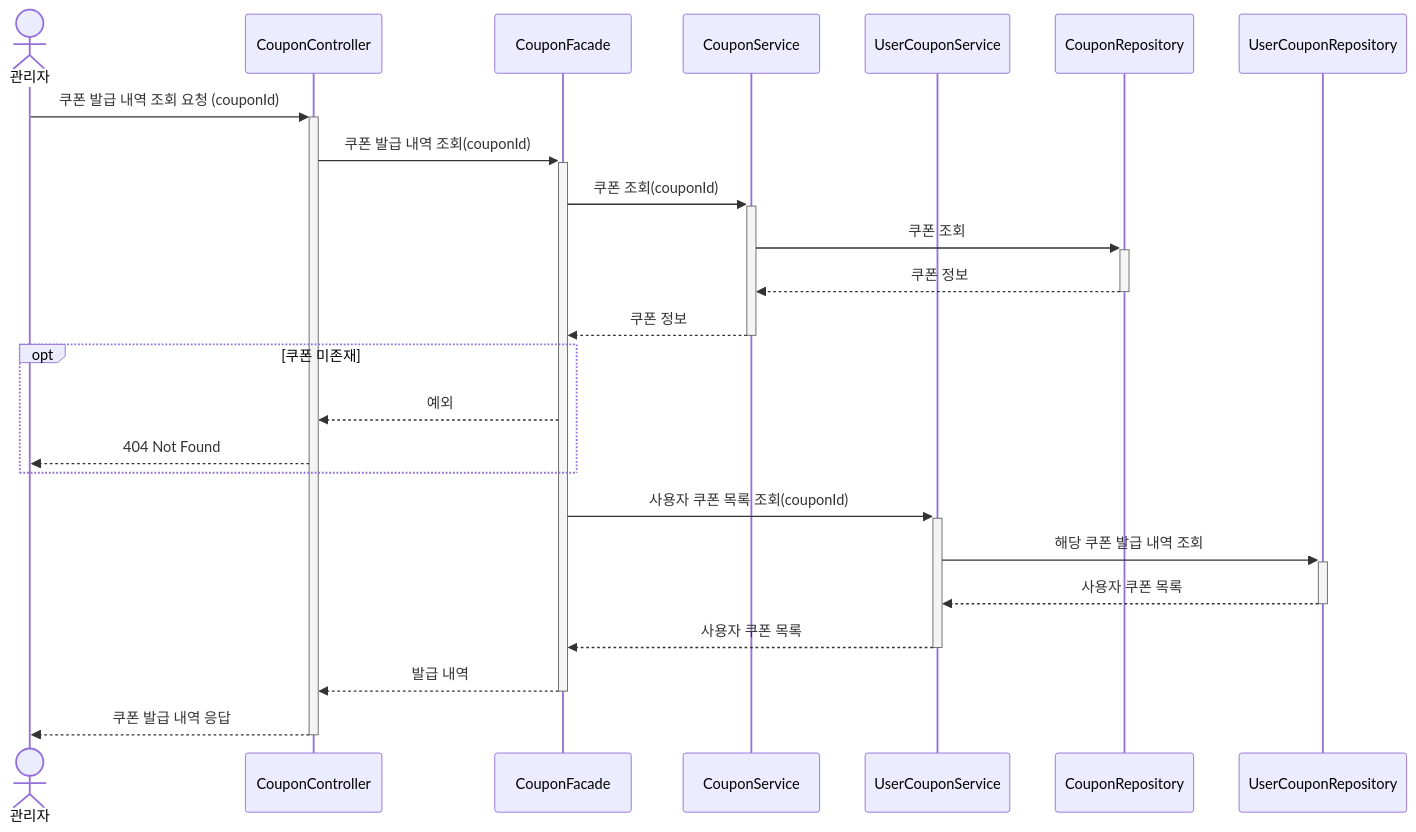
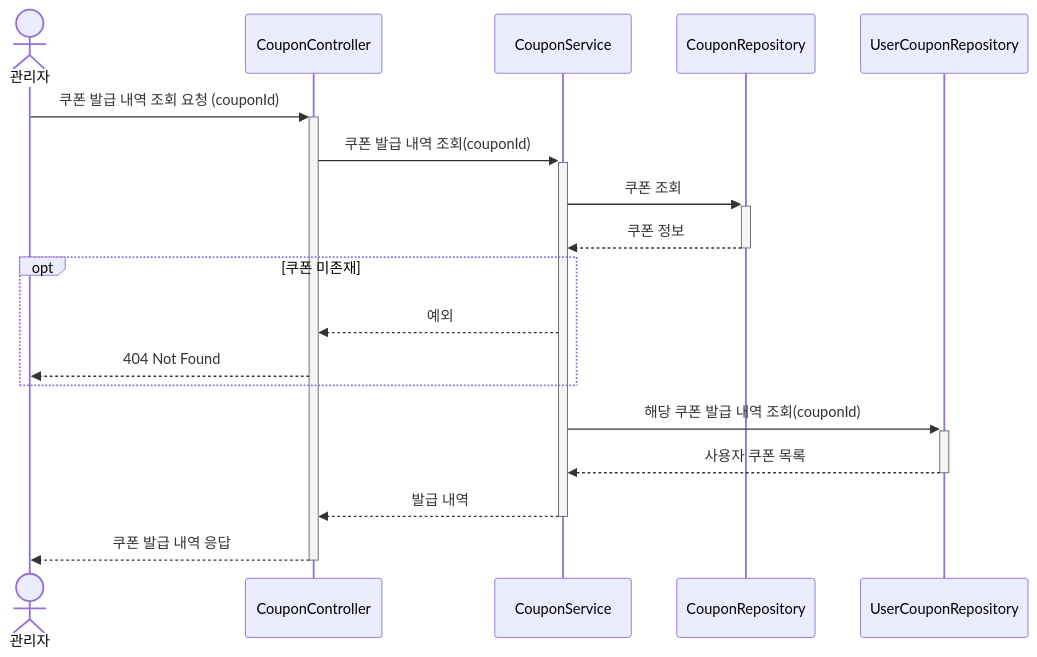
Diagram 31 of 31 in docs/design/02-sequence-diagrams.md (kimjunyoung90/loop-pack-be-l2-vol3-java), drawn with Mermaid before and after one commit. The commit also changed other lines of this file and 3 other files, not shown here.

````diff
--- a/docs/design/02-sequence-diagrams.md
+++ b/docs/design/02-sequence-diagrams.md
@@ -1075,31 +1118,25 @@
 ```mermaid
 sequenceDiagram
     actor Admin as 관리자
     participant CC as CouponController
-    participant CF as CouponFacade
     participant CS as CouponService
-    participant UCS as UserCouponService
     participant CR as CouponRepository
     participant UCR as UserCouponRepository
 
     Admin->>+CC: 쿠폰 발급 내역 조회 요청 (couponId)
-    CC->>+CF: 쿠폰 발급 내역 조회(couponId)
+    CC->>+CS: 쿠폰 발급 내역 조회(couponId)
 
-    CF->>+CS: 쿠폰 조회(couponId)
     CS->>+CR: 쿠폰 조회
     CR-->>-CS: 쿠폰 정보
-    CS-->>-CF: 쿠폰 정보
 
     opt 쿠폰 미존재
-        CF-->>CC: 예외
+        CS-->>CC: 예외
         CC-->>Admin: 404 Not Found
     end
 
-    CF->>+UCS: 사용자 쿠폰 목록 조회(couponId)
-    UCS->>+UCR: 해당 쿠폰 발급 내역 조회
-    UCR-->>-UCS: 사용자 쿠폰 목록
-    UCS-->>-CF: 사용자 쿠폰 목록
+    CS->>+UCR: 해당 쿠폰 발급 내역 조회(couponId)
+    UCR-->>-CS: 사용자 쿠폰 목록
 
-    CF-->>-CC: 발급 내역
+    CS-->>-CC: 발급 내역
     CC-->>-Admin: 쿠폰 발급 내역 응답
 ```
````
